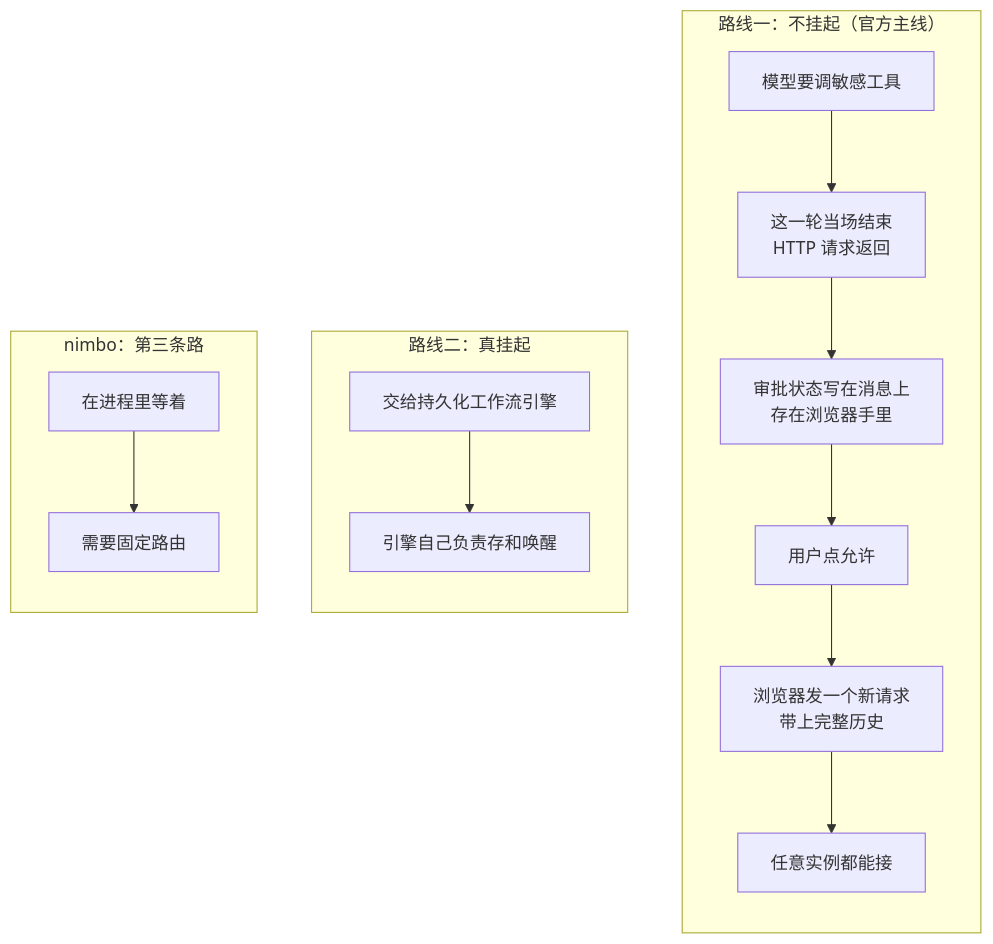
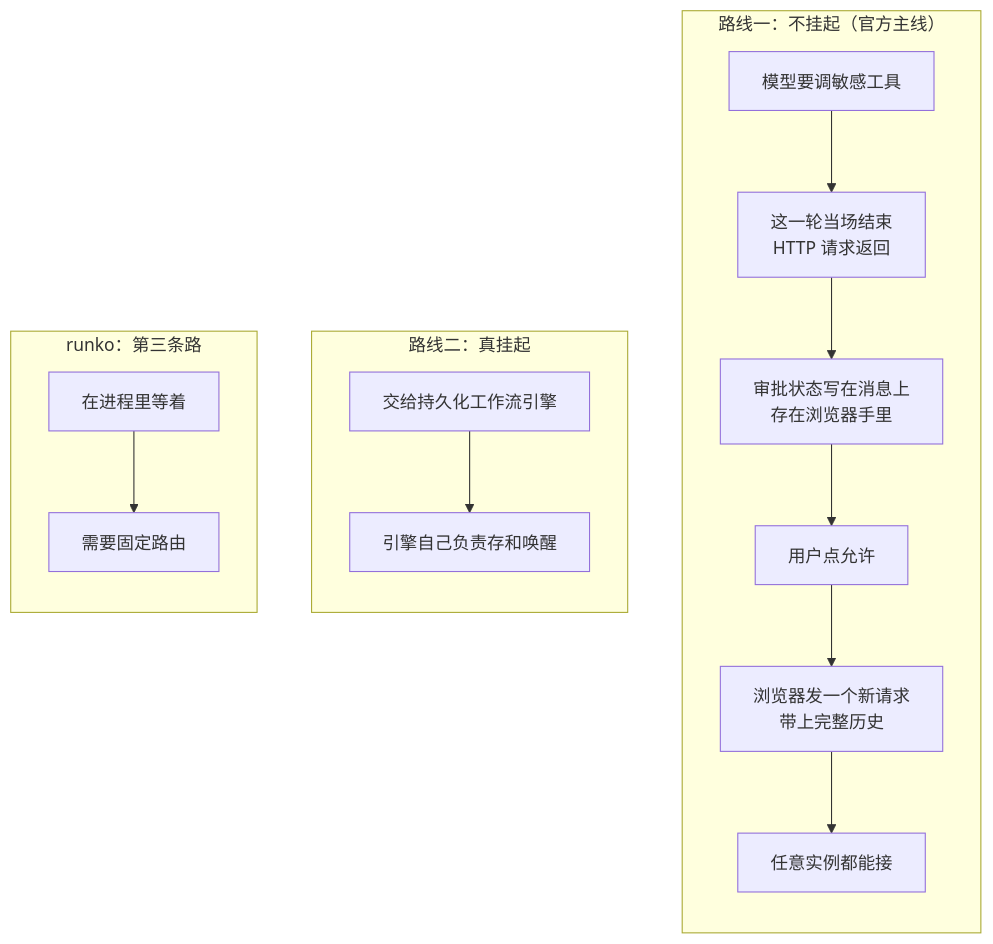
Before and after one commit to ludafa/runko: diagram 15 of 15 in docs/logic/orchestration/tech/in-flight-draft.md, drawn with Mermaid. The commit also changed other lines of this file and 450 other files, not shown here.

First line of the commit message:
refactor: 全仓库改名 nimbo → runko，库表名改用 agent_ 前缀

````diff
--- a/docs/logic/orchestration/tech/in-flight-draft.md
+++ b/docs/logic/orchestration/tech/in-flight-draft.md
@@ -512,19 +512,19 @@
 ```mermaid
 flowchart TB
     subgraph p1["路线一：不挂起（官方主线）"]
         direction TB
         S1["模型要调敏感工具"] --> S2["这一轮当场结束<br/>HTTP 请求返回"]
         S2 --> S3["审批状态写在消息上<br/>存在浏览器手里"]
         S3 --> S4["用户点允许"]
         S4 --> S5["浏览器发一个新请求<br/>带上完整历史"]
         S5 --> S6["任意实例都能接"]
     end
     subgraph p2["路线二：真挂起"]
         direction TB
         T1["交给持久化工作流引擎"] --> T2["引擎自己负责存和唤醒"]
     end
-    subgraph p3["nimbo：第三条路"]
+    subgraph p3["runko：第三条路"]
         direction TB
         U1["在进程里等着"] --> U2["需要固定路由"]
     end
 ```
````
